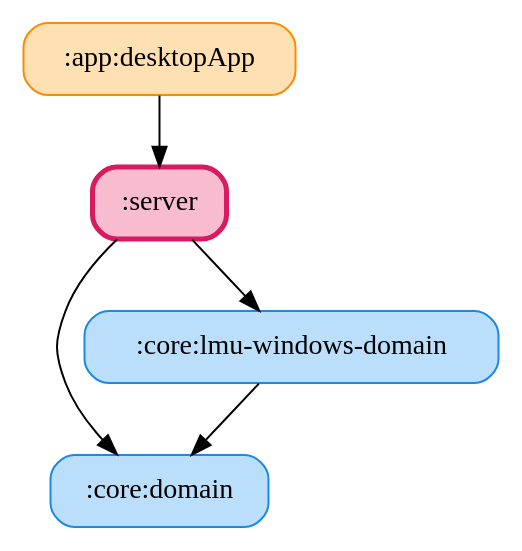
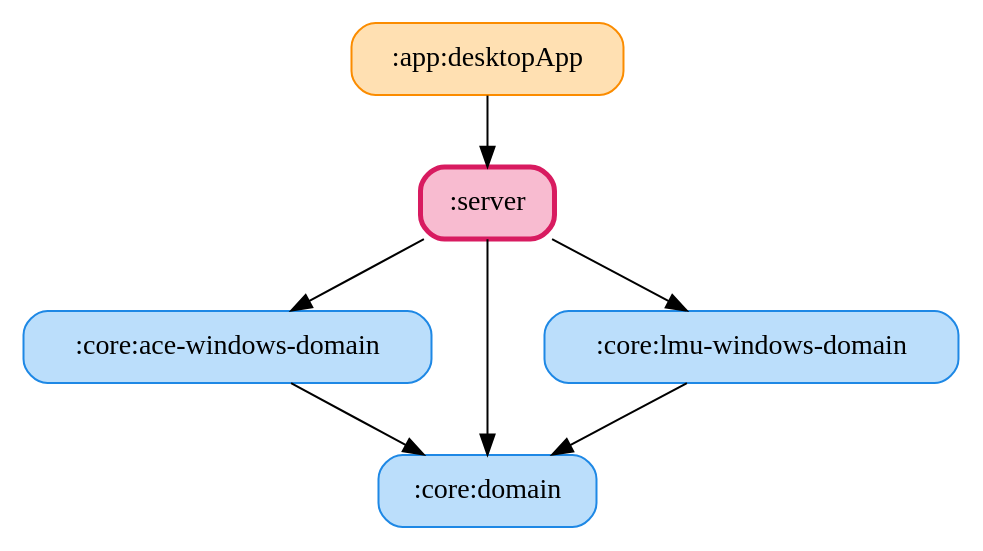
One commit to ai-kurou/KoDriver changed the diagram in docs/graphs/server.gv. Above: the diagram before and after it, drawn with Graphviz. The commit also changed 34 other files, not shown here.

Commit message:
chore: update module graph images

```diff
--- a/docs/graphs/server.gv
+++ b/docs/graphs/server.gv
@@ -1,12 +1,15 @@
 digraph G {
   rankdir=TB
   node [shape=box, style="rounded,filled"]
   ":app:desktopApp" [fillcolor="#FFE0B2", color="#FB8C00", penwidth=1]
+  ":core:ace-windows-domain" [fillcolor="#BBDEFB", color="#1E88E5", penwidth=1]
   ":core:domain" [fillcolor="#BBDEFB", color="#1E88E5", penwidth=1]
   ":core:lmu-windows-domain" [fillcolor="#BBDEFB", color="#1E88E5", penwidth=1]
   ":server" [fillcolor="#F8BBD0", color="#D81B60", penwidth=2.5]
   ":server" -> ":core:domain"
+  ":server" -> ":core:ace-windows-domain"
   ":server" -> ":core:lmu-windows-domain"
   ":app:desktopApp" -> ":server"
+  ":core:ace-windows-domain" -> ":core:domain"
   ":core:lmu-windows-domain" -> ":core:domain"
 }
```
